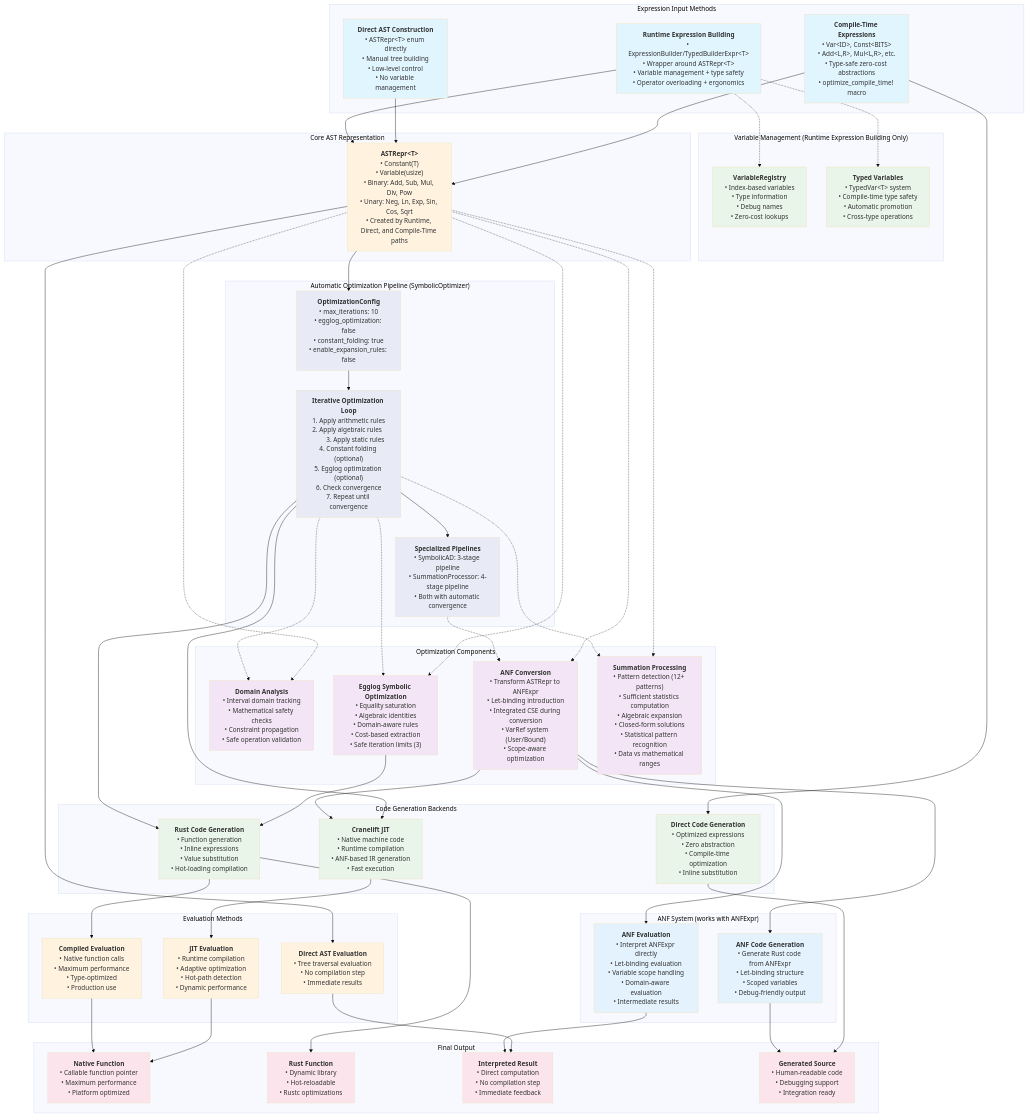
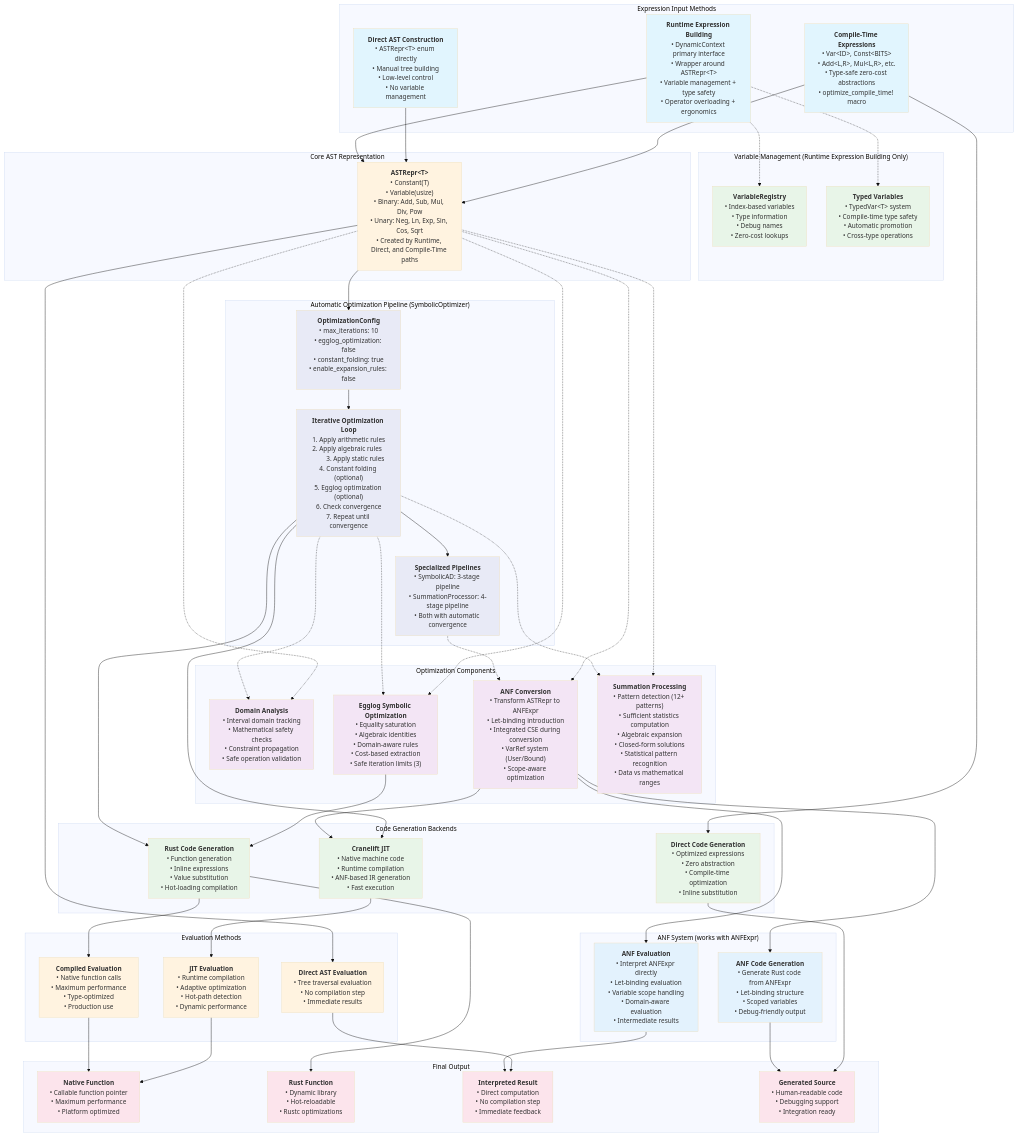
Before and after one commit to cscherrer/dslcompile: the diagram in docs/DSL_System_Architecture.md, drawn with Mermaid (base theme). The commit also changed other lines of this file and 64 other files, not shown here.

```diff
--- a/docs/DSL_System_Architecture.md
+++ b/docs/DSL_System_Architecture.md
@@ -22,7 +22,7 @@
         • optimize_compile_time! macro`"]
         
         Runtime["`**Runtime Expression Building**
-        • ExpressionBuilder/TypedBuilderExpr&lt;T&gt;
+        • DynamicContext primary interface
         • Wrapper around ASTRepr&lt;T&gt;
         • Variable management + type safety
         • Operator overloading + ergonomics`"]
```
